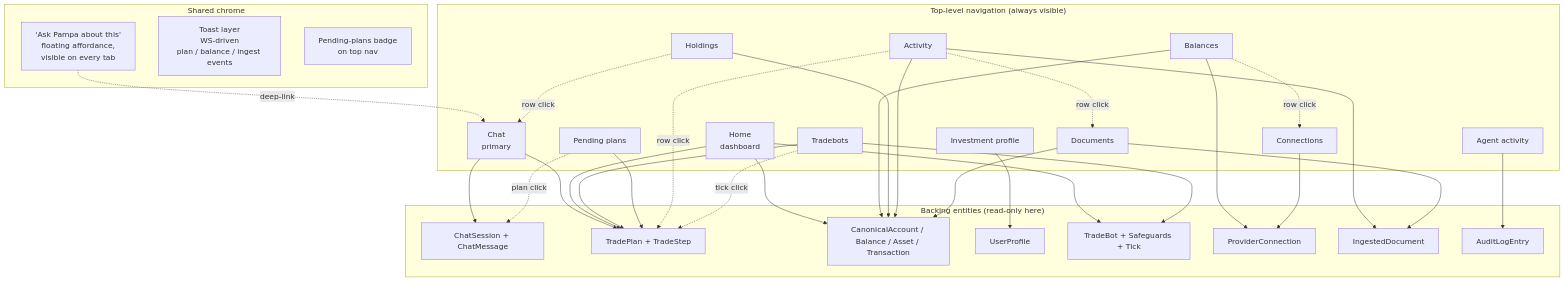
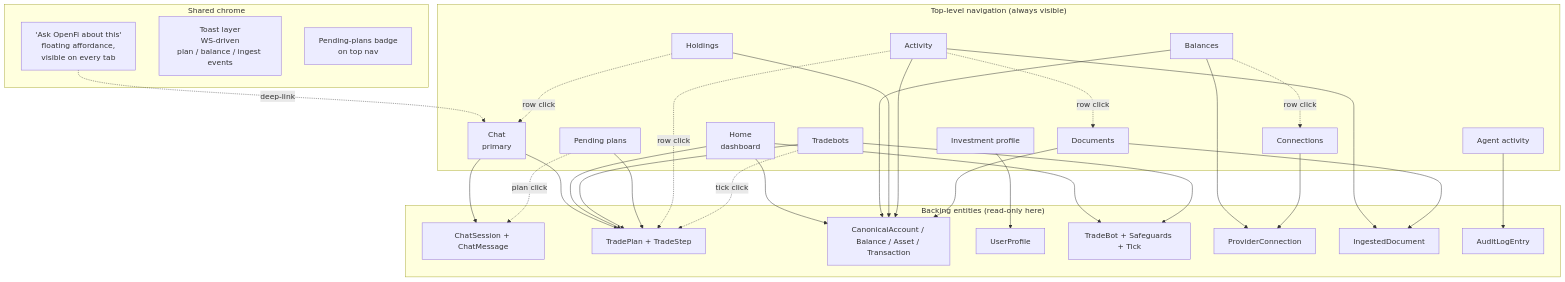
One commit to platanus-hack/platanus-hack-26-ar-team-29 changed the diagram in .opencode/artifacts/02-2_frontend_design.md. Above: the diagram before and after it, drawn with Mermaid. The commit also changed other lines of this file and 33 other files, not shown here.

````diff
--- a/.opencode/artifacts/02-2_frontend_design.md
+++ b/.opencode/artifacts/02-2_frontend_design.md
@@ -94,60 +94,60 @@
 ```mermaid
 graph TB
     subgraph TOP["Top-level navigation (always visible)"]
         Chat[Chat<br/>primary]
         Home[Home<br/>dashboard]
         Bal[Balances]
         Hold[Holdings]
         Act[Activity]
         Docs[Documents]
         Prof[Investment profile]
         Bots[Tradebots]
         Pend[Pending plans]
         Conn[Connections]
         Aud[Agent activity]
     end
 
     subgraph SHARED["Shared chrome"]
-        AskBtn["'Ask Pampa about this'<br/>floating affordance,<br/>visible on every tab"]
+        AskBtn["'Ask OpenFi about this'<br/>floating affordance,<br/>visible on every tab"]
         Toast["Toast layer<br/>WS-driven<br/>plan / balance / ingest events"]
         Badge["Pending-plans badge<br/>on top nav"]
     end
 
     subgraph PERSIST["Backing entities (read-only here)"]
         Sess[ChatSession + ChatMessage]
         Plan[TradePlan + TradeStep]
         Canon[CanonicalAccount / Balance / Asset / Transaction]
         UProf[UserProfile]
         TBot[TradeBot + Safeguards + Tick]
         PConn[ProviderConnection]
         Doc[IngestedDocument]
         Audit[AuditLogEntry]
     end
 
     Chat --> Sess
     Chat --> Plan
     Home --> Canon
     Home --> Plan
     Home --> TBot
     Bal --> Canon
     Bal --> PConn
     Hold --> Canon
     Act --> Canon
     Act --> Doc
     Docs --> Doc
     Docs --> Canon
     Prof --> UProf
     Bots --> TBot
     Bots --> Plan
     Pend --> Plan
     Conn --> PConn
     Aud --> Audit
 
     AskBtn -.deep-link.-> Chat
     Bal -.row click.-> Conn
     Hold -.row click.-> Chat
     Act -.row click.-> Docs
     Act -.row click.-> Plan
     Bots -.tick click.-> Plan
     Pend -.plan click.-> Sess
 ```
````
